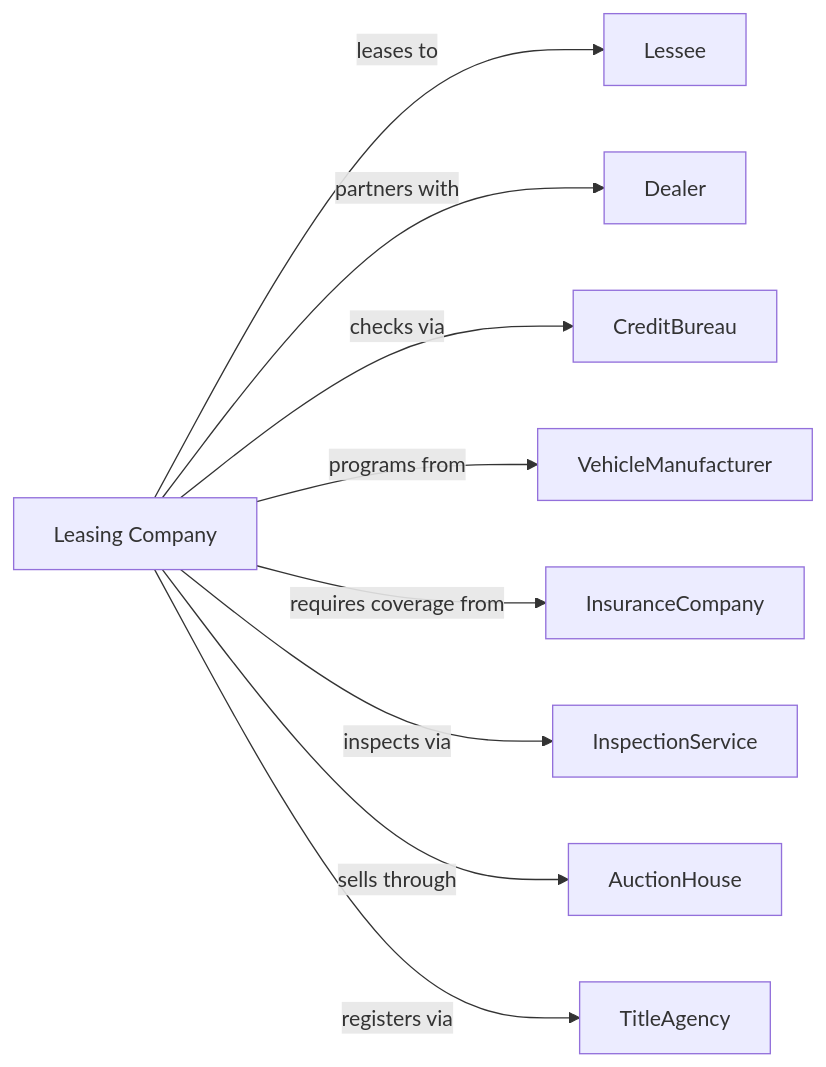
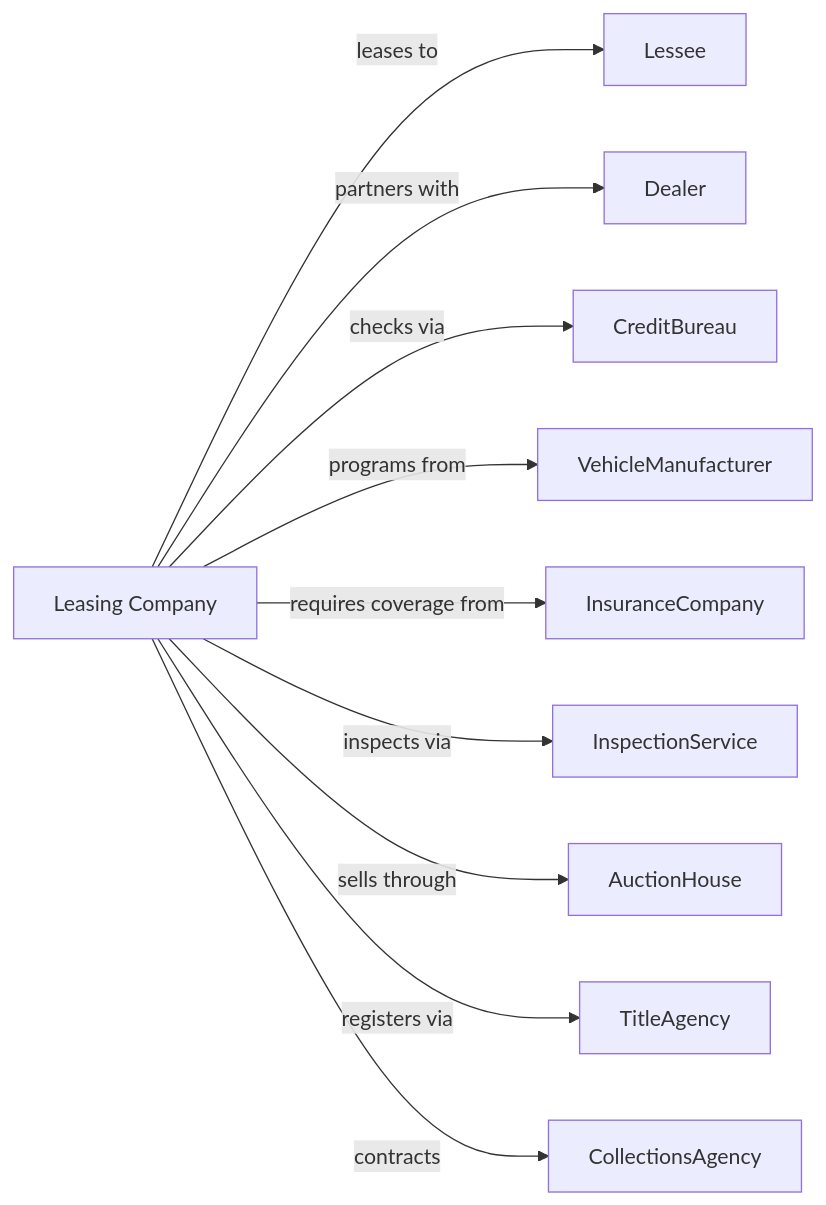
The second of 2 diagrams in RealEstate/RentalAndLeasingServices/AutomotiveEquipmentRentalAndLeasing/PassengerCarLeasing.mdx (dot-org-ai/industries.org.ai), drawn with Mermaid before and after one commit. The commit also changed other lines of this file and 588 other files, not shown here.

````diff
--- a/RealEstate/RentalAndLeasingServices/AutomotiveEquipmentRentalAndLeasing/PassengerCarLeasing.mdx
+++ b/RealEstate/RentalAndLeasingServices/AutomotiveEquipmentRentalAndLeasing/PassengerCarLeasing.mdx
@@ -135,13 +135,14 @@
 ```mermaid
 graph LR
     L[Leasing Company]
 
     L -->|leases to| Lessee
     L -->|partners with| Dealer
     L -->|checks via| CreditBureau
     L -->|programs from| VehicleManufacturer
     L -->|requires coverage from| InsuranceCompany
     L -->|inspects via| InspectionService
     L -->|sells through| AuctionHouse
     L -->|registers via| TitleAgency
+    L -->|contracts| CollectionsAgency
 ```
````
